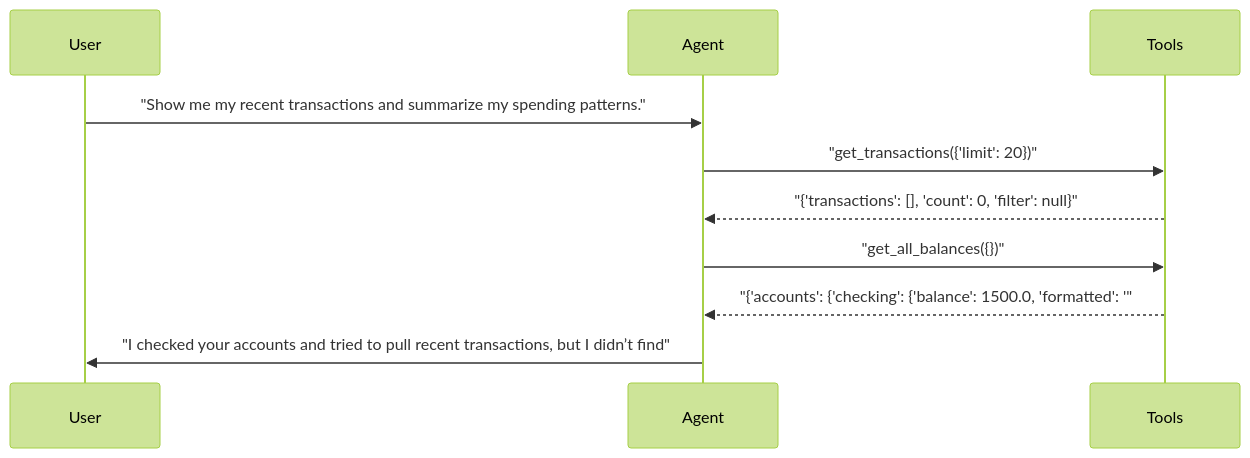
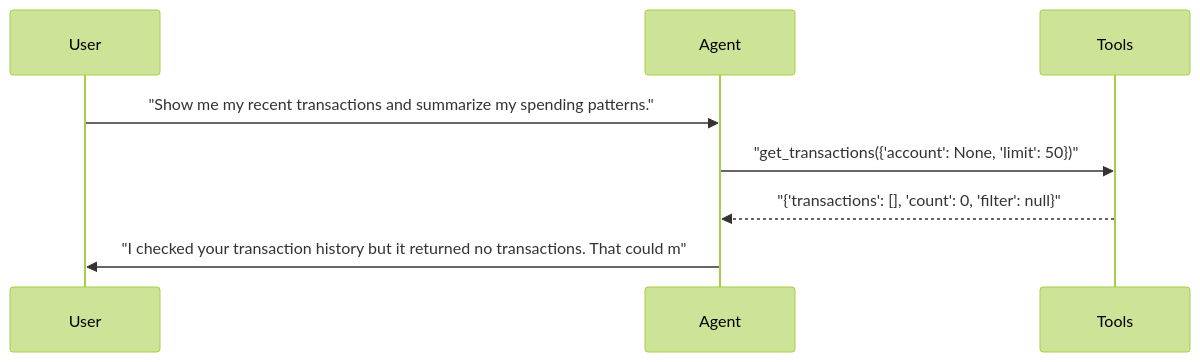
One commit to sbroenne/pytest-aitest changed the fifth of 24 diagrams in docs/demo/hero-report.md. Above: the diagram before and after it, drawn with Mermaid (forest theme). The commit also changed other lines of this file and 34 other files, not shown here.

````diff
--- a/docs/demo/hero-report.md
+++ b/docs/demo/hero-report.md
@@ -414,13 +391,11 @@
 ```mermaid
 sequenceDiagram
     participant User
     participant Agent
     participant Tools
 
     User->>Agent: "Show me my recent transactions and summarize my spending patterns."
-    Agent->>Tools: "get_transactions({'limit': 20})"
+    Agent->>Tools: "get_transactions({'account': None, 'limit': 50})"
     Tools-->>Agent: "{'transactions': [], 'count': 0, 'filter': null}"
-    Agent->>Tools: "get_all_balances({})"
-    Tools-->>Agent: "{'accounts': {'checking': {'balance': 1500.0, 'formatted': '"
-    Agent->>User: "I checked your accounts and tried to pull recent transactions, but I didn’t find"
+    Agent->>User: "I checked your transaction history but it returned no transactions. That could m"
 ```
````
